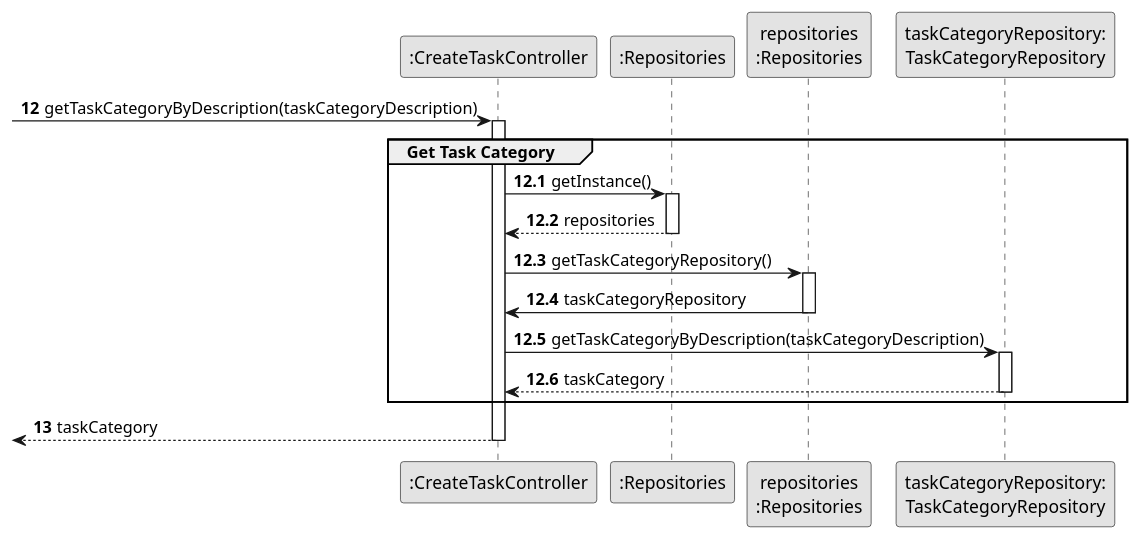
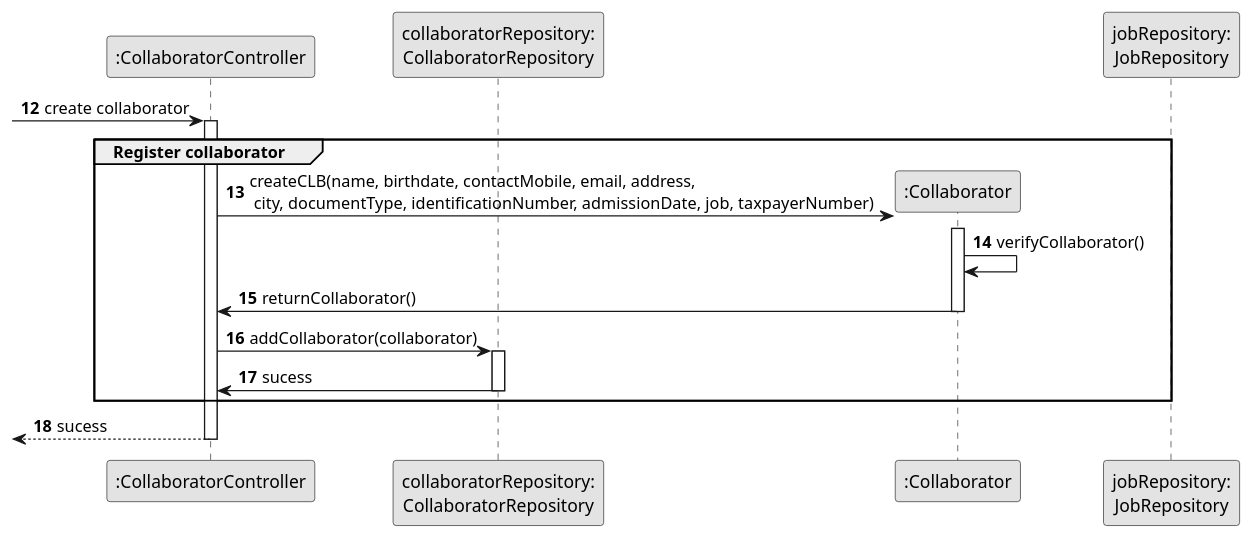
Before and after one commit to RicardoMorim/lapr2-ISEP-Project: the diagram in docs/sprintB/us003/03.design/puml/us003-sequence-diagram-partial-register-collab.puml, drawn with PlantUML. The commit also changed 3 other files, not shown here.

Commit message:
Updated design of US003 (sequence-diagram-full / sequence-diagram-parcial-get-job-list / sequence-diagram-parcial-register-collab)

```diff
--- a/docs/sprintB/us003/03.design/puml/us003-sequence-diagram-partial-register-collab.puml
+++ b/docs/sprintB/us003/03.design/puml/us003-sequence-diagram-partial-register-collab.puml
@@ -1,44 +1,40 @@
 @startuml
 skinparam monochrome true
 skinparam packageStyle rectangle
 skinparam shadowing false
 
-participant ":CreateTaskController" as CTRL
-participant ":Repositories" as RepositorySingleton
-participant "repositories\n:Repositories" as PLAT
-participant "taskCategoryRepository:\nTaskCategoryRepository" as TaskCategoryRepository
+participant ":CollaboratorController" as CTRL
+participant "collaboratorRepository:\nCollaboratorRepository" as CLBREP
+participant ":Collaborator" as CLB
+participant "jobRepository:\nJobRepository" as jobRepository
 
 autonumber 12
--> CTRL : getTaskCategoryByDescription(taskCategoryDescription)
-
-autonumber 12.1
+-> CTRL : create collaborator
+autonumber 13
 
 activate CTRL
-    group Get Task Category
-        CTRL -> RepositorySingleton : getInstance()
-        activate RepositorySingleton
+    group Register collaborator
+        CTRL -> CLB** : createCLB(name, birthdate, contactMobile, email, address,\n city, documentType, identificationNumber, admissionDate, job, taxpayerNumber)
 
-            RepositorySingleton --> CTRL: repositories
-        deactivate RepositorySingleton
+        activate CLB
+            CLB -> CLB : verifyCollaborator()
 
-        CTRL -> PLAT : getTaskCategoryRepository()
-        activate PLAT
+            CLB -> CTRL : returnCollaborator()
+        deactivate CLB
 
-            PLAT -> CTRL : taskCategoryRepository
-        deactivate PLAT
+        CTRL -> CLBREP: addCollaborator(collaborator)
 
-        CTRL -> TaskCategoryRepository : getTaskCategoryByDescription(taskCategoryDescription)
-        activate TaskCategoryRepository
+        activate CLBREP
 
-            TaskCategoryRepository --> CTRL : taskCategory
-        deactivate TaskCategoryRepository
+            CLBREP -> CTRL : sucess
+        deactivate CLBREP
 
     end group
 
-    autonumber 13
-    <-- CTRL : taskCategory
+    autonumber 18
+    <-- CTRL : sucess
 
 deactivate CTRL
 
 
 @enduml
```
